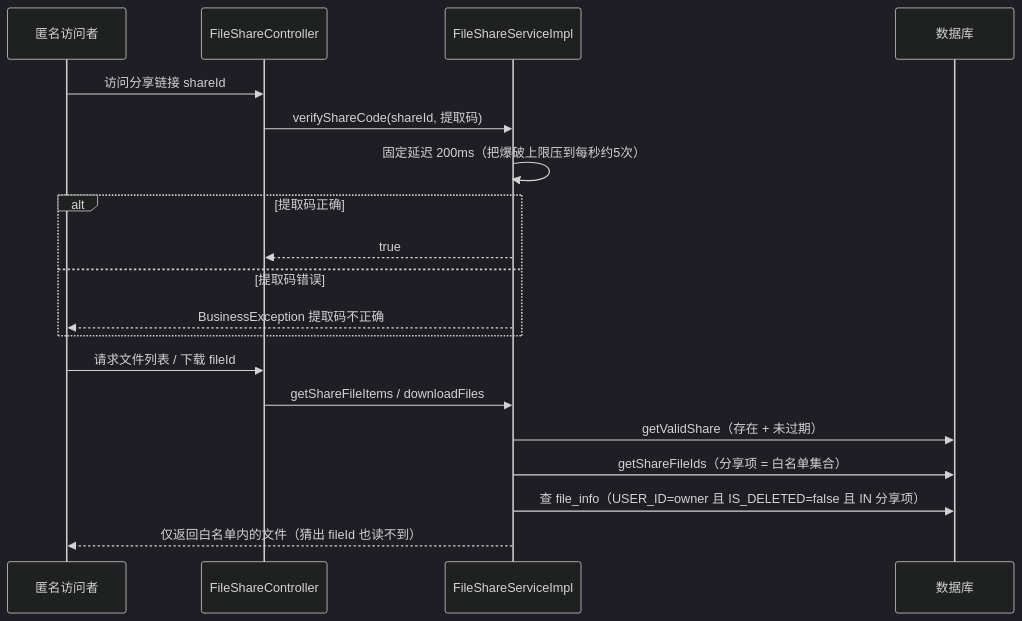
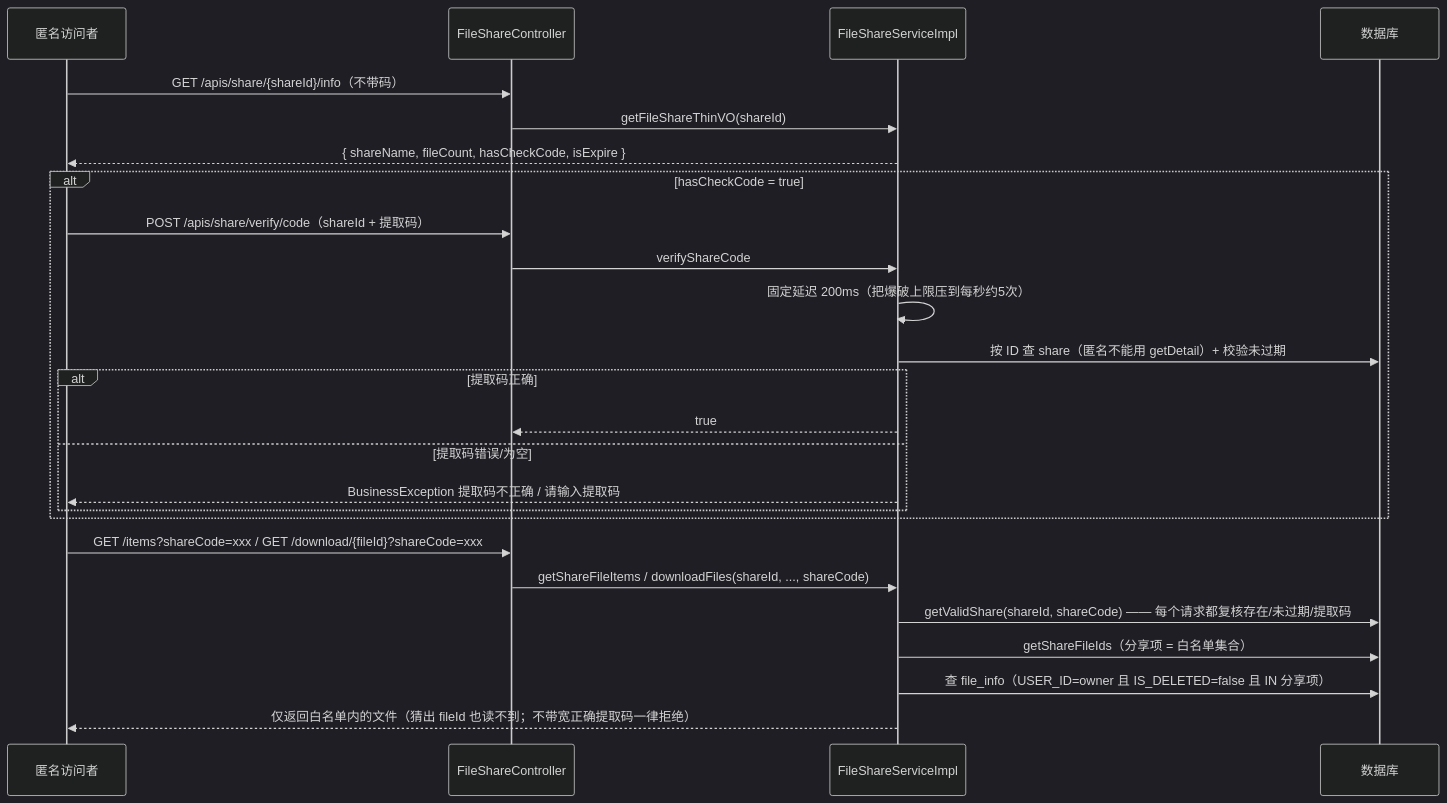
Before and after one commit to guangheUlti/gfs: the first of 2 diagrams in doc/07-文件分享与直链设计.md, drawn with Mermaid (dark theme). The commit also changed other lines of this file and 6 other files, not shown here.

````diff
--- a/doc/07-文件分享与直链设计.md
+++ b/doc/07-文件分享与直链设计.md
@@ -157,22 +177,30 @@
 ```mermaid
 sequenceDiagram
     participant Anon as 匿名访问者
     participant Cont as FileShareController
     participant Svc as FileShareServiceImpl
     participant Db as 数据库
 
-    Anon->>Cont: 访问分享链接 shareId
-    Cont->>Svc: verifyShareCode(shareId, 提取码)
-    Svc->>Svc: 固定延迟 200ms（把爆破上限压到每秒约5次）
-    alt 提取码正确
-        Svc-->>Cont: true
-    else 提取码错误
-        Svc-->>Anon: BusinessException 提取码不正确
+    Anon->>Cont: GET /apis/share/{shareId}/info（不带码）
+    Cont->>Svc: getFileShareThinVO(shareId)
+    Svc-->>Anon: { shareName, fileCount, hasCheckCode, isExpire }
+
+    alt hasCheckCode = true
+        Anon->>Cont: POST /apis/share/verify/code（shareId + 提取码）
+        Cont->>Svc: verifyShareCode
+        Svc->>Svc: 固定延迟 200ms（把爆破上限压到每秒约5次）
+        Svc->>Db: 按 ID 查 share（匿名不能用 getDetail）+ 校验未过期
+        alt 提取码正确
+            Svc-->>Cont: true
+        else 提取码错误/为空
+            Svc-->>Anon: BusinessException 提取码不正确 / 请输入提取码
+        end
     end
-    Anon->>Cont: 请求文件列表 / 下载 fileId
-    Cont->>Svc: getShareFileItems / downloadFiles
-    Svc->>Db: getValidShare（存在 + 未过期）
+
+    Anon->>Cont: GET /items?shareCode=xxx / GET /download/{fileId}?shareCode=xxx
+    Cont->>Svc: getShareFileItems / downloadFiles(shareId, ..., shareCode)
+    Svc->>Db: getValidShare(shareId, shareCode) —— 每个请求都复核存在/未过期/提取码
     Svc->>Db: getShareFileIds（分享项 = 白名单集合）
     Svc->>Db: 查 file_info（USER_ID=owner 且 IS_DELETED=false 且 IN 分享项）
-    Svc-->>Anon: 仅返回白名单内的文件（猜出 fileId 也读不到）
+    Svc-->>Anon: 仅返回白名单内的文件（猜出 fileId 也读不到；不带宽正确提取码一律拒绝）
 ```
````
